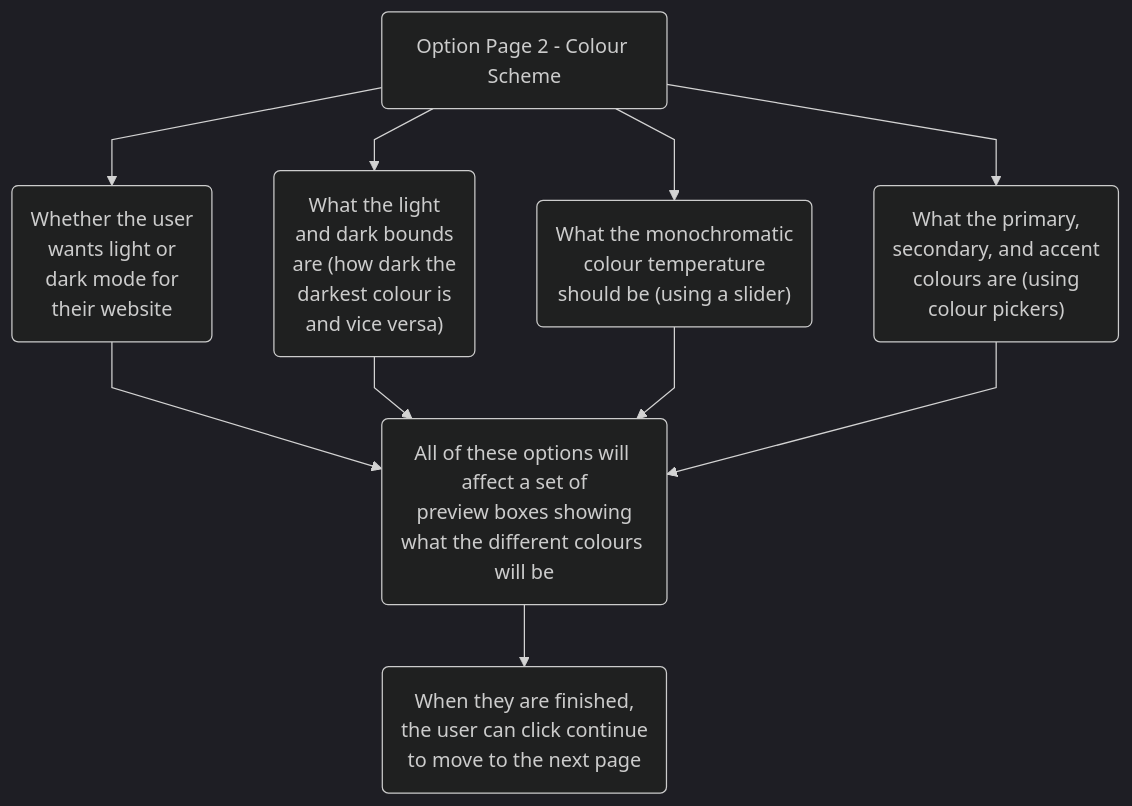
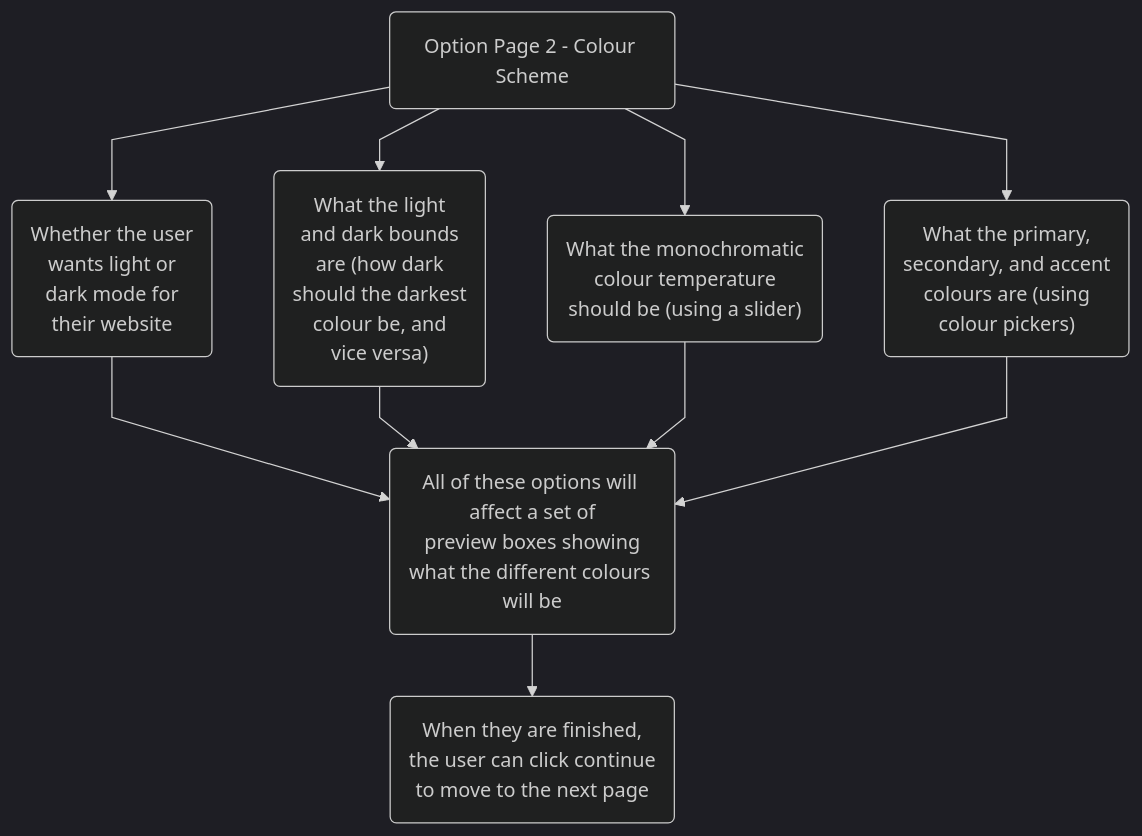
Before and after one commit to tomgxz/Kraken: diagram 17 of 18 in README.md, drawn with Mermaid. The commit also changed other lines of this file, not shown here.

````diff
--- a/README.md
+++ b/README.md
@@ -604,6 +653,6 @@
 ```mermaid
 %%{init: {'theme':'dark', 'flowchart': {'curve': 'linear'},'themeVariables':{'fontFamily':'Lexend,Noto Sans,Helvetica,Arial'}}}%%
 
 graph TD
-  A("Option Page 2 - Colour Scheme") --> C("Whether the user\n wants light or\n dark mode for\n their website") & D("What the light\n and dark bounds\n are (how dark the\n darkest colour is\n and vice versa)") & E("What the monochromatic\n colour temperature\n should be (using a slider)") & F("What the primary,\n secondary, and accent\n colours are (using\n colour pickers)") --> G("All of these options will affect a set of\n preview boxes showing what the different colours will be") --> H("When they are finished,\n the user can click continue\n to move to the next page")
+  A("Option Page 2 - Colour Scheme") --> C("Whether the user\n wants light or\n dark mode for\n their website") & D("What the light\n and dark bounds\n are (how dark\n should the darkest\n colour be, and\n vice versa)") & E("What the monochromatic\n colour temperature\n should be (using a slider)") & F("What the primary,\n secondary, and accent\n colours are (using\n colour pickers)") --> G("All of these options will affect a set of\n preview boxes showing what the different colours will be") --> H("When they are finished,\n the user can click continue\n to move to the next page")
 ```
````
